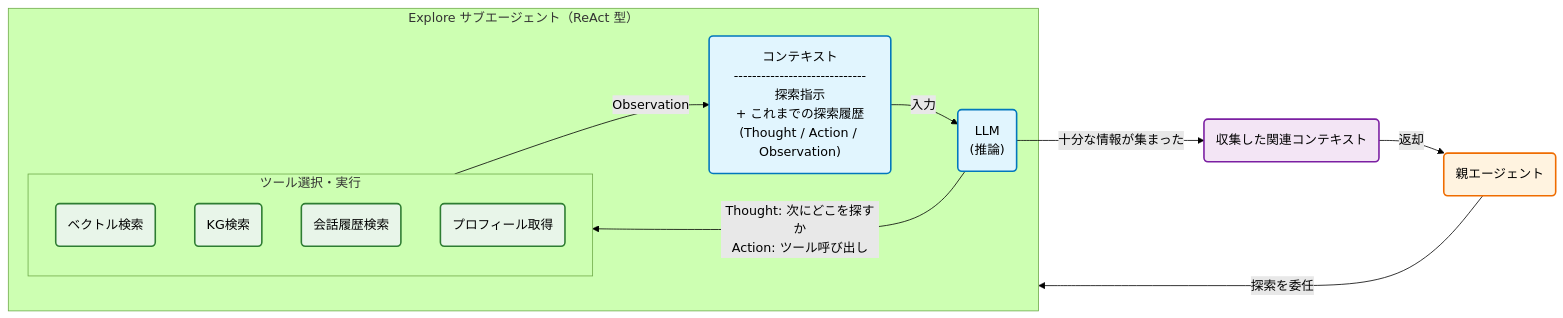
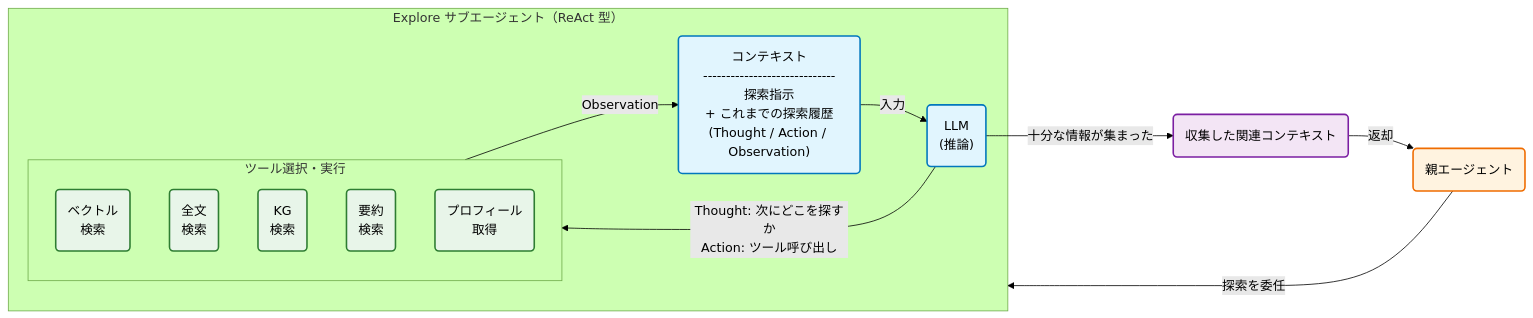
Before and after one commit to birdwatcherYT/ai-talks7: the diagram in fig/example3.md, drawn with Mermaid (forest theme). The commit also changed 12 other files, not shown here.

````diff
--- a/fig/example3.md
+++ b/fig/example3.md
@@ -1,31 +1,32 @@
 ```mermaid
 graph LR
     %% スタイル定義
     classDef parent fill:#fff3e0,stroke:#ef6c00,stroke-width:2px,color:black;
     classDef sub fill:#e1f5fe,stroke:#0277bd,stroke-width:2px,color:black;
     classDef tool fill:#e8f5e9,stroke:#2e7d32,stroke-width:2px,color:black;
     classDef result fill:#f3e5f5,stroke:#7b1fa2,stroke-width:2px,color:black;
 
     MainAgent("親エージェント"):::parent
     MainAgent -->|"探索を委任"| sub
 
     subgraph sub ["Explore サブエージェント（ReAct 型）"]
         SubCtx("コンテキスト<br/>-----------------------------<br/>探索指示<br/>+ これまでの探索履歴<br/>(Thought / Action / Observation)"):::sub
 
         SubCtx -->|"入力"| SubLLM("LLM<br/>(推論)"):::sub
 
         SubLLM -->|"Thought: 次にどこを探すか<br/>Action: ツール呼び出し"| toolSelect
 
         subgraph toolSelect ["ツール選択・実行"]
-            Vec("ベクトル検索"):::tool
-            KG("KG検索"):::tool
-            History("会話履歴検索"):::tool
-            Profile("プロフィール取得"):::tool
+            Vec("ベクトル<br>検索"):::tool
+            BM("全文<br>検索"):::tool
+            KG("KG<br>検索"):::tool
+            History("要約<br>検索"):::tool
+            Profile("プロフィール<br>取得"):::tool
         end
 
         toolSelect -->|"Observation"| SubCtx
     end
 
     SubLLM -->|"十分な情報が集まった"| Result("収集した関連コンテキスト"):::result
     Result -->|"返却"| MainAgent
 ```
````
